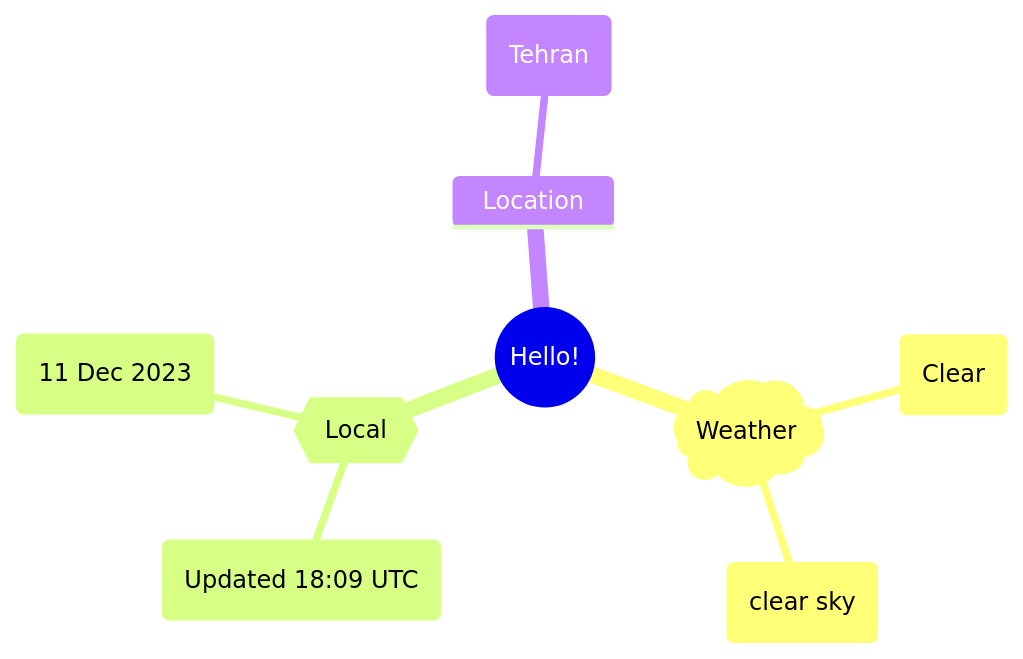
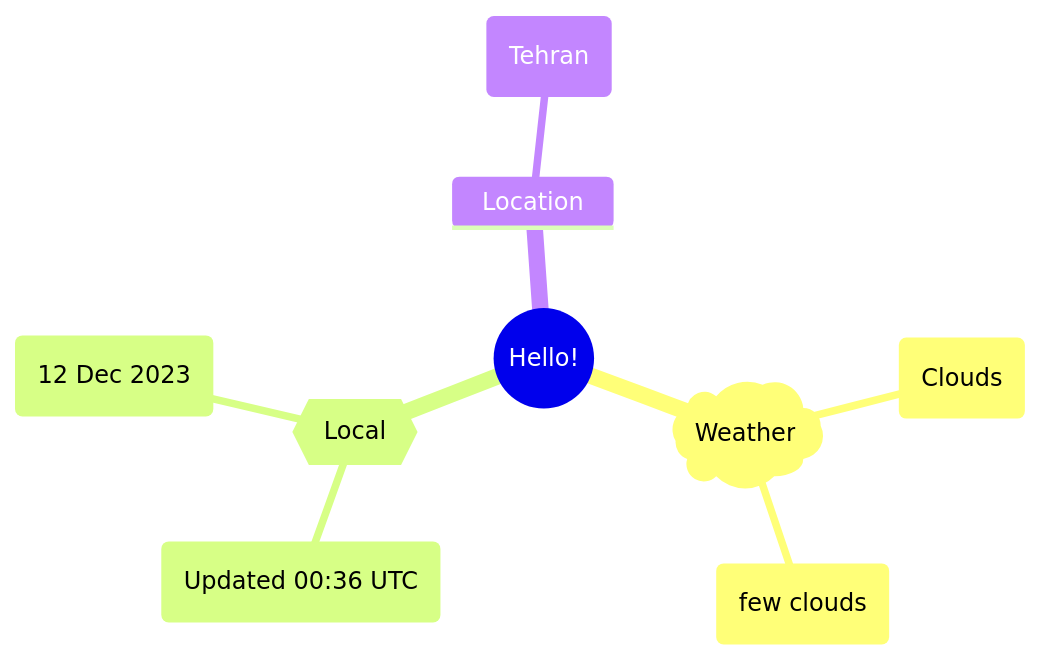
Before and after one commit to Xosrov/Xosrov: the first of 2 diagrams in README.md, drawn with Mermaid.

Commit message:
[bot] updated images

````diff
--- a/README.md
+++ b/README.md
@@ -3,12 +3,12 @@
 ```mermaid
 mindmap
   root((Hello!))
     )Weather(
-        (Clear)
-        (clear sky)
+        (Clouds)
+        (few clouds)
     {{Local}}
-        (Updated 18:09 UTC)
-        (11 Dec 2023)
+        (Updated 00:36 UTC)
+        (12 Dec 2023)
     Location
         (Tehran)
 ```
````
